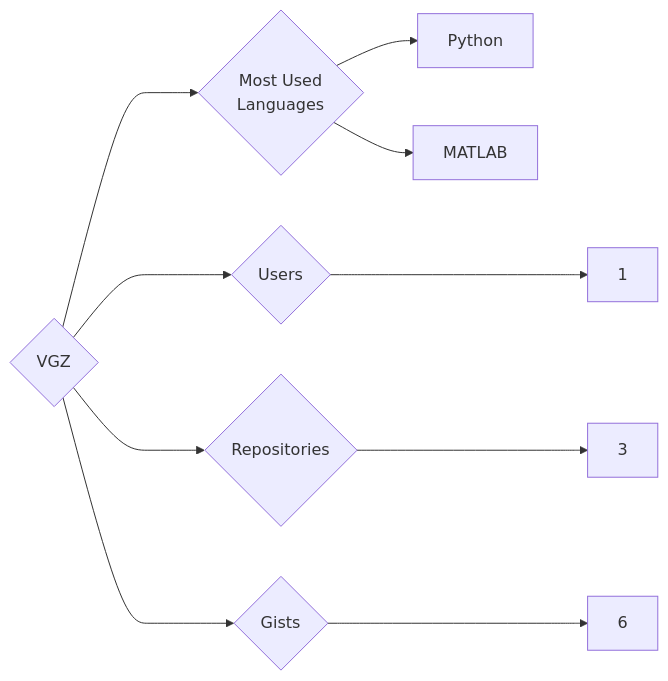
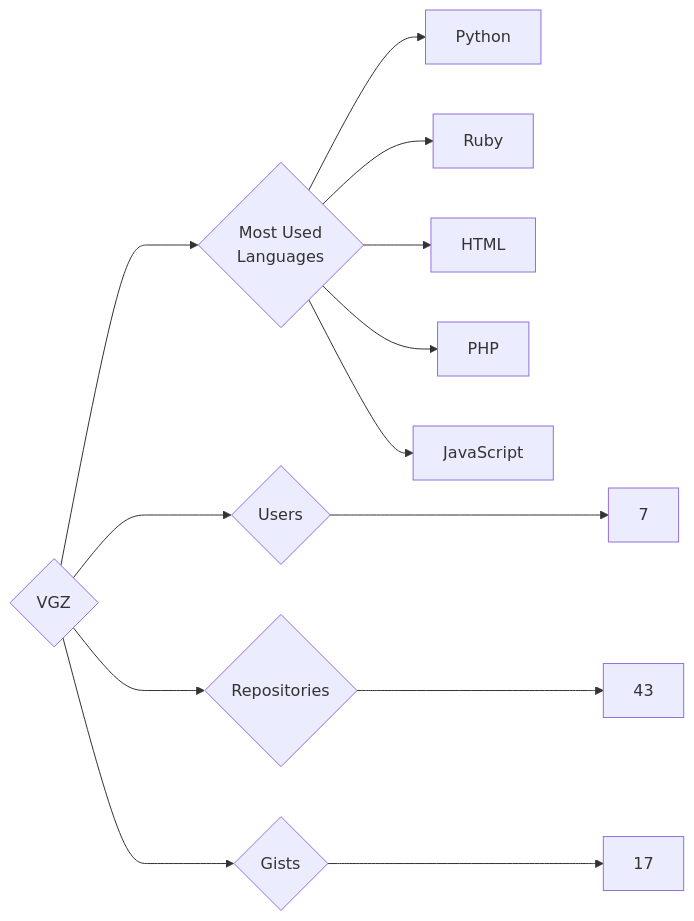
Before and after one commit to trickest/insiders: the diagram in targets/VGZ/README.md, drawn with Mermaid. The commit also changed 912 other files, not shown here.

````diff
--- a/targets/VGZ/README.md
+++ b/targets/VGZ/README.md
@@ -3,10 +3,13 @@
 ```mermaid
 graph LR
 COMPANY_NAME{VGZ}
-COMPANY_NAME ---> U{Users} ---> UN[1]
-COMPANY_NAME ---> R{Repositories} ---> RN[3]
-COMPANY_NAME ---> G{Gists} ---> GN[6]
+COMPANY_NAME ---> U{Users} ---> UN[7]
+COMPANY_NAME ---> R{Repositories} ---> RN[43]
+COMPANY_NAME ---> G{Gists} ---> GN[17]
 COMPANY_NAME ---> ML{Most Used<br>Languages}
 ML --> Python[Python]
-ML --> MATLAB[MATLAB]
+ML --> Ruby[Ruby]
+ML --> HTML[HTML]
+ML --> PHP[PHP]
+ML --> JavaScript[JavaScript]
 ```
````
